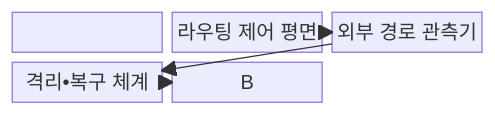
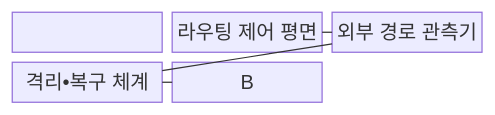
Before and after one commit to agnusdei1207/knowledge-base: the first of 2 diagrams in src/content/docs/notes/04-network/110_bgp_hijacking_prevention.md, drawn with Mermaid. The commit also changed other lines of this file and 493 other files, not shown here.

````diff
--- a/src/content/docs/notes/04-network/110_bgp_hijacking_prevention.md
+++ b/src/content/docs/notes/04-network/110_bgp_hijacking_prevention.md
@@ -64,8 +64,8 @@
 ```mermaid
-block
+block-beta
     columns 3
-    A["RPKI•IRR 신뢰원"] --> B["BGP 수용 필터"] --> C["라우팅 제어 평면"]
-    D["외부 경로 관측기"] --> E["격리•복구 체계"]
-    C --> D
-    E --> B
+    A["RPKI•IRR 신뢰원"] --- B["BGP 수용 필터"] --- C["라우팅 제어 평면"]
+    D["외부 경로 관측기"] --- E["격리•복구 체계"]
+    C --- D
+    E --- B
 ```
````
